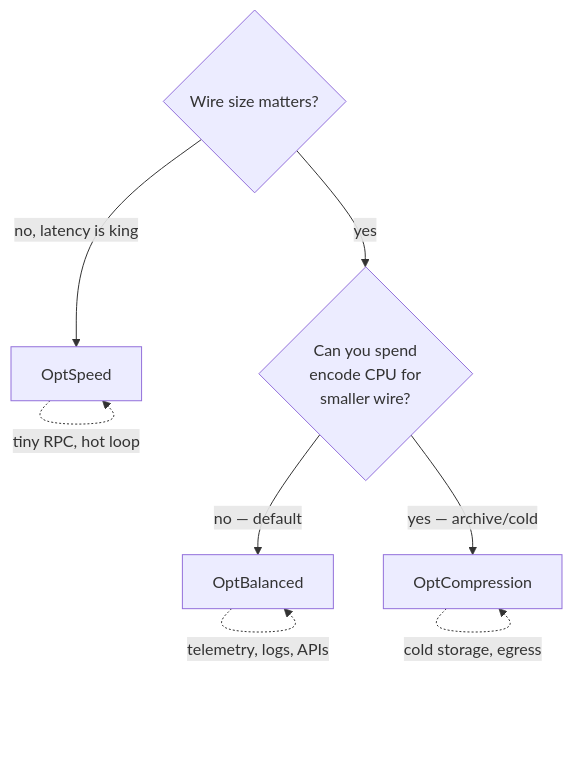
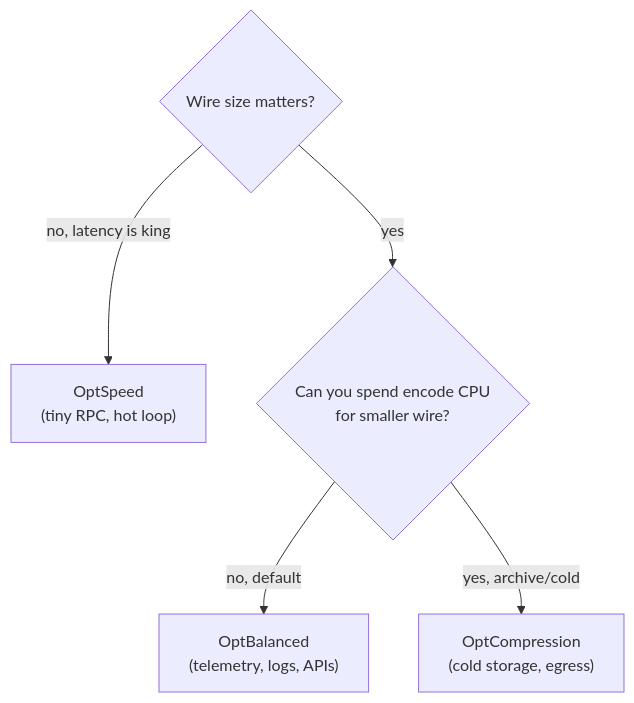
Before and after one commit to alex60217101990/qdf: the third of 4 diagrams in docs/ARTICLE.md, drawn with Mermaid. The commit also changed other lines of this file and 1 other file, not shown here.

First line of the commit message:
docs: fix mermaid diagrams rendering as raw code

````diff
--- a/docs/ARTICLE.md
+++ b/docs/ARTICLE.md
@@ -410,12 +408,7 @@
 ```mermaid
 flowchart TD
-    Q1{Wire size matters?} -->|no, latency is king| SPEED[OptSpeed]
-    Q1 -->|yes| Q2{Can you spend
-encode CPU for
-smaller wire?}
-    Q2 -->|no — default| BAL[OptBalanced]
-    Q2 -->|yes — archive/cold| COMP[OptCompression]
-    SPEED -.tiny RPC, hot loop.-> SPEED
-    BAL -.telemetry, logs, APIs.-> BAL
-    COMP -.cold storage, egress.-> COMP
+    Q1{"Wire size matters?"} -->|no, latency is king| SPEED["OptSpeed<br/>(tiny RPC, hot loop)"]
+    Q1 -->|yes| Q2{"Can you spend encode CPU<br/>for smaller wire?"}
+    Q2 -->|no, default| BAL["OptBalanced<br/>(telemetry, logs, APIs)"]
+    Q2 -->|yes, archive/cold| COMP["OptCompression<br/>(cold storage, egress)"]
 ```
````
